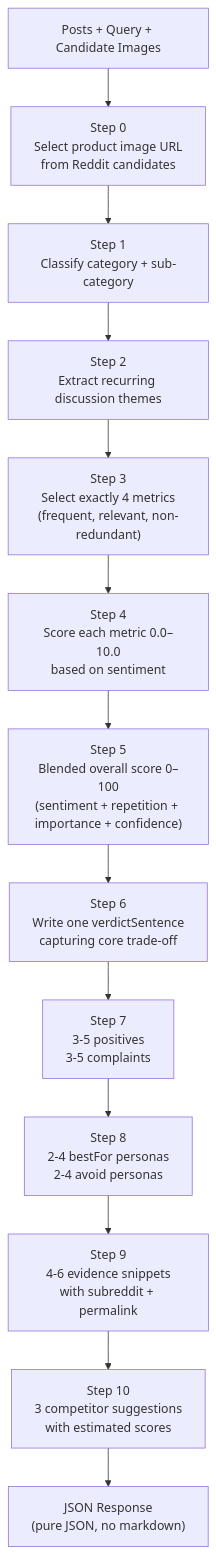
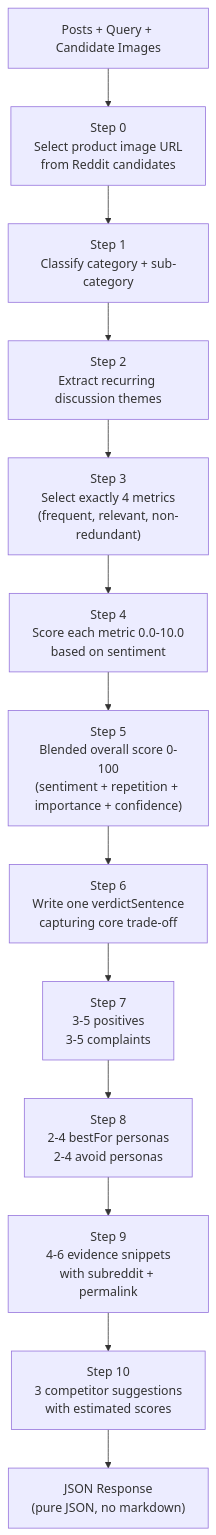
Before and after one commit to anubhavbagri/CrowdLens: diagram 18 of 31 in architecture.md, drawn with Mermaid. The commit also changed other lines of this file and 1 other file, not shown here.

Commit message:
fix diagrams

````diff
--- a/architecture.md
+++ b/architecture.md
@@ -688,15 +690,15 @@
 ```mermaid
 flowchart TD
-    IN["Posts + Query + Candidate Images"] --> S0["Step 0\nSelect product image URL\nfrom Reddit candidates"]
-    S0 --> S1["Step 1\nClassify category + sub-category"]
-    S1 --> S2["Step 2\nExtract recurring discussion themes"]
-    S2 --> S3["Step 3\nSelect exactly 4 metrics\n(frequent, relevant, non-redundant)"]
-    S3 --> S4["Step 4\nScore each metric 0.0–10.0\nbased on sentiment"]
-    S4 --> S5["Step 5\nBlended overall score 0–100\n(sentiment + repetition + importance + confidence)"]
-    S5 --> S6["Step 6\nWrite one verdictSentence\ncapturing core trade-off"]
-    S6 --> S7["Step 7\n3-5 positives\n3-5 complaints"]
-    S7 --> S8["Step 8\n2-4 bestFor personas\n2-4 avoid personas"]
-    S8 --> S9["Step 9\n4-6 evidence snippets\nwith subreddit + permalink"]
-    S9 --> S10["Step 10\n3 competitor suggestions\nwith estimated scores"]
-    S10 --> OUT["JSON Response\n(pure JSON, no markdown)"]
+    IN["Posts + Query + Candidate Images"] --> S0["Step 0<br>Select product image URL<br>from Reddit candidates"]
+    S0 --> S1["Step 1<br>Classify category + sub-category"]
+    S1 --> S2["Step 2<br>Extract recurring discussion themes"]
+    S2 --> S3["Step 3<br>Select exactly 4 metrics<br>(frequent, relevant, non-redundant)"]
+    S3 --> S4["Step 4<br>Score each metric 0.0-10.0<br>based on sentiment"]
+    S4 --> S5["Step 5<br>Blended overall score 0-100<br>(sentiment + repetition + importance + confidence)"]
+    S5 --> S6["Step 6<br>Write one verdictSentence<br>capturing core trade-off"]
+    S6 --> S7["Step 7<br>3-5 positives<br>3-5 complaints"]
+    S7 --> S8["Step 8<br>2-4 bestFor personas<br>2-4 avoid personas"]
+    S8 --> S9["Step 9<br>4-6 evidence snippets<br>with subreddit + permalink"]
+    S9 --> S10["Step 10<br>3 competitor suggestions<br>with estimated scores"]
+    S10 --> OUT["JSON Response<br>(pure JSON, no markdown)"]
 ```
````
